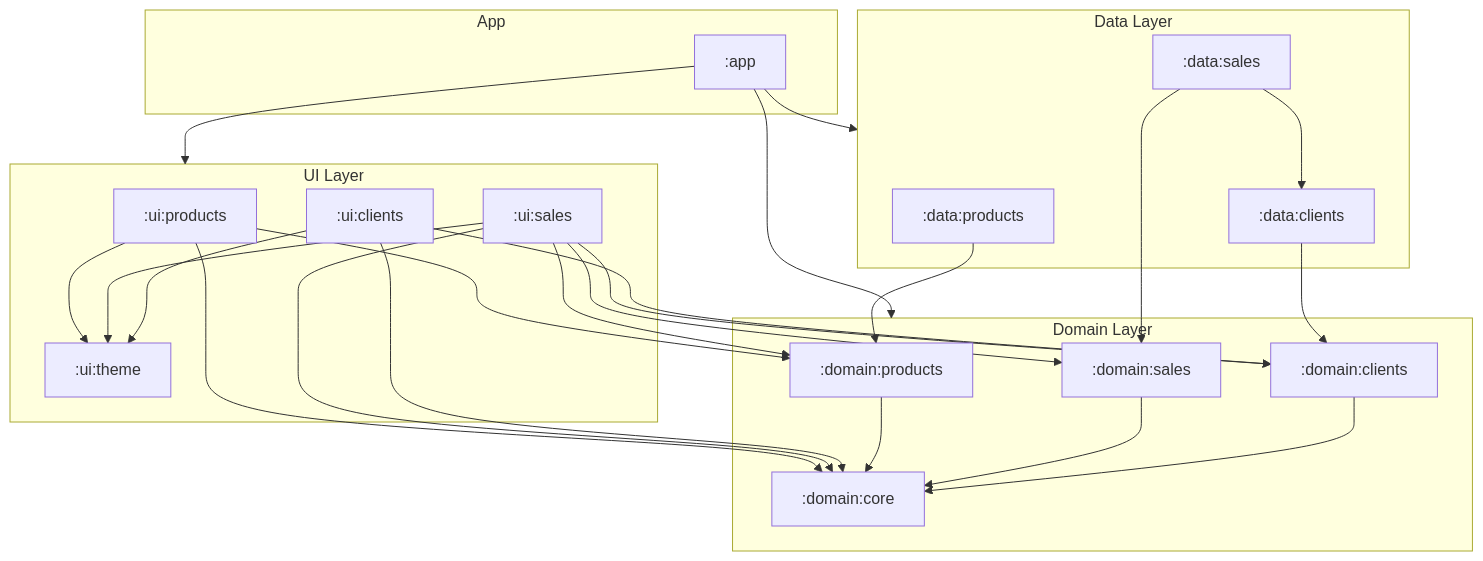
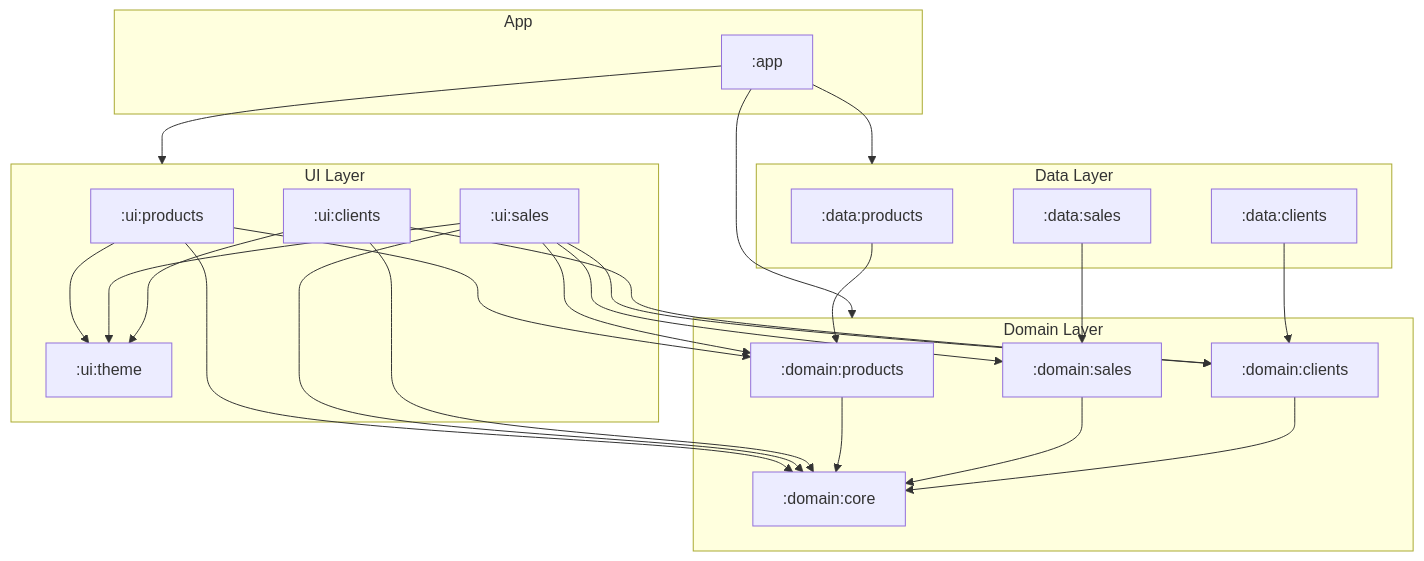
Before and after one commit to zayelmech/PuntroSales-Demo: the diagram in README.md, drawn with Mermaid. The commit also changed 1 other file, not shown here.

Commit message:
refactor: Remove dependency from sales data to clients data
Decoupled the `sales` data module from the `clients` data module by removing the project dependency in `build.gradle` and updating the architectural diagram in the README.

````diff
--- a/README.md
+++ b/README.md
@@ -88,57 +88,56 @@
 ```mermaid
 graph TD
     subgraph App
         app[":app"]
     end
 
     subgraph UI_Layer [UI Layer]
         ui_products[":ui:products"]
         ui_sales[":ui:sales"]
         ui_clients[":ui:clients"]
         ui_theme[":ui:theme"]
     end
 
     subgraph Domain_Layer [Domain Layer]
         dom_products[":domain:products"]
         dom_sales[":domain:sales"]
         dom_clients[":domain:clients"]
         dom_core[":domain:core"]
     end
 
     subgraph Data_Layer [Data Layer]
         dat_products[":data:products"]
         dat_sales[":data:sales"]
         dat_clients[":data:clients"]
     end
 
     %% Composition Root
     app --> UI_Layer
     app --> Domain_Layer
     app --> Data_Layer
 
     %% UI Dependencies
     ui_products --> dom_products
     ui_products --> dom_core
     ui_products --> ui_theme
 
     ui_sales --> dom_sales
     ui_sales --> dom_products
     ui_sales --> dom_clients
     ui_sales --> dom_core
     ui_sales --> ui_theme
 
     ui_clients --> dom_clients
     ui_clients --> dom_core
     ui_clients --> ui_theme
 
     %% Data Dependencies
     dat_products --> dom_products
     dat_clients --> dom_clients
     dat_sales --> dom_sales
-    dat_sales --> dat_clients
 
     %% Domain Dependencies
     dom_products --> dom_core
     dom_sales --> dom_core
     dom_clients --> dom_core
 ```
````
